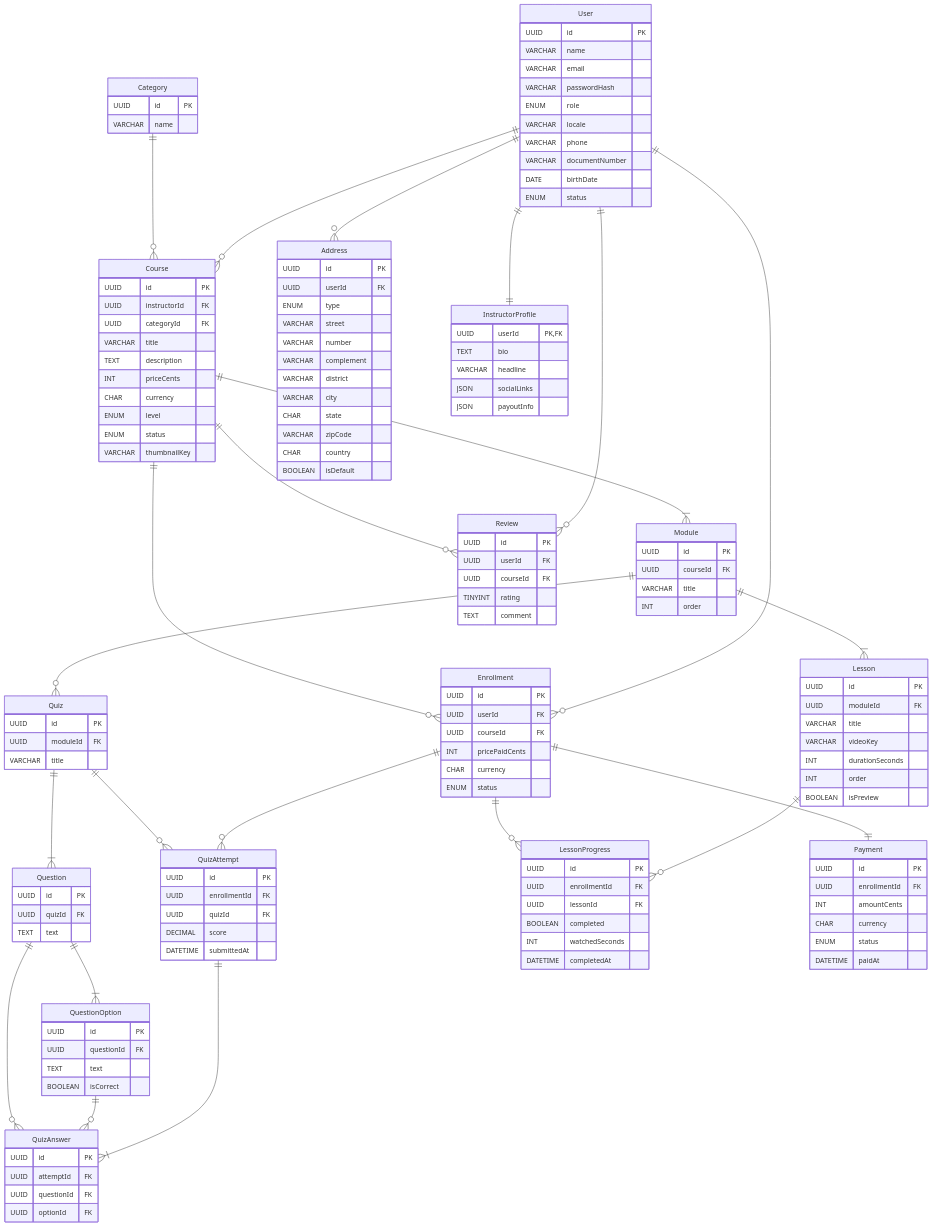
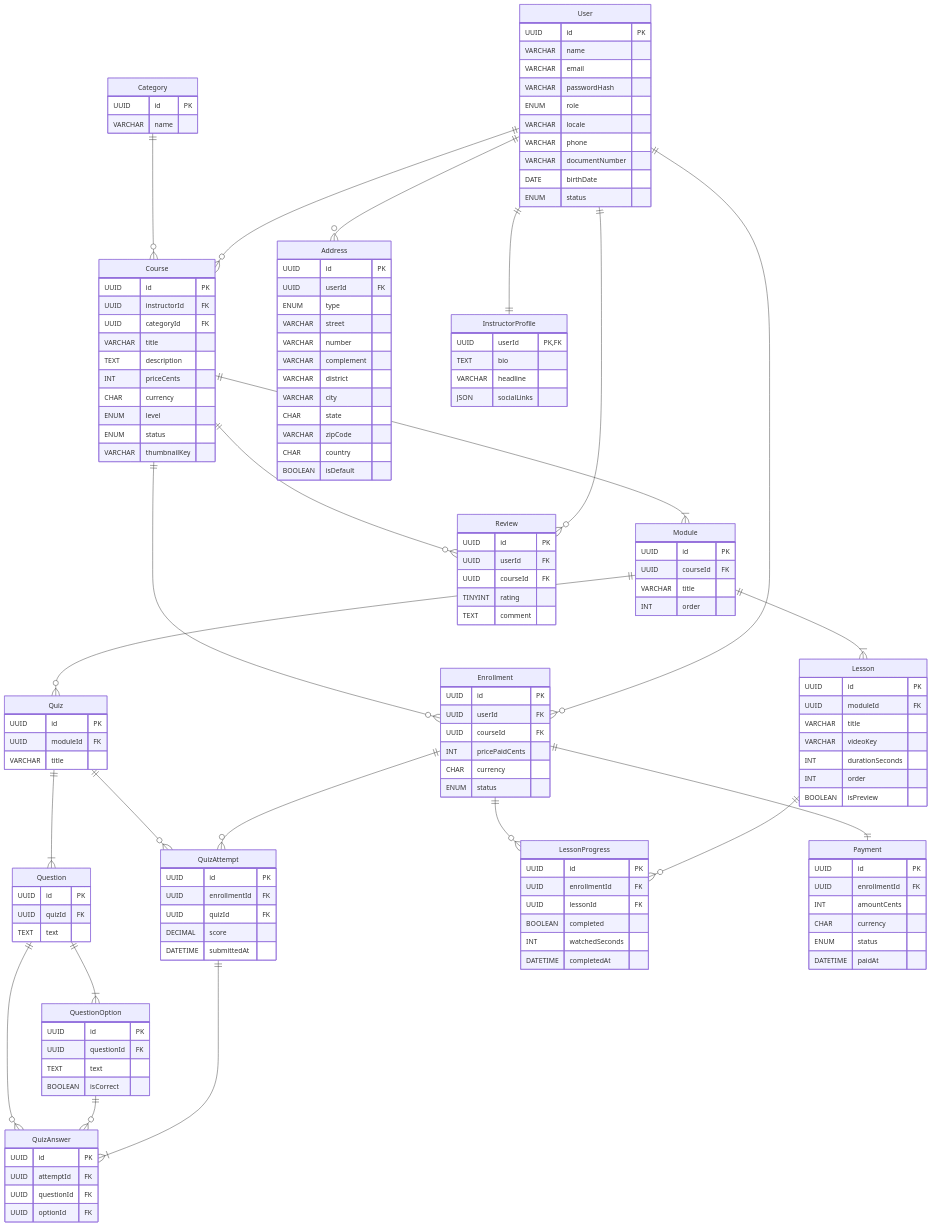
The first of 3 diagrams in docs/tdd.md (Plataforma-de-Cursos-TCC/plataforma-cursos-docs), drawn with Mermaid before and after one commit. The commit also changed other lines of this file and 1 other file, not shown here.

First line of the commit message:
docs: align Payment and remove payoutInfo for simulated payment (#69)

```diff
--- a/docs/tdd.md
+++ b/docs/tdd.md
@@ -85,7 +85,6 @@
         TEXT bio
         VARCHAR headline
         JSON socialLinks
-        JSON payoutInfo
     }
     Category {
         UUID id PK
```
